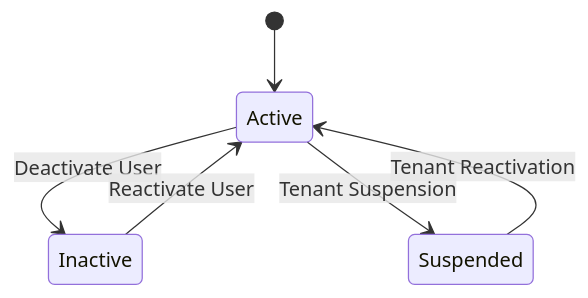
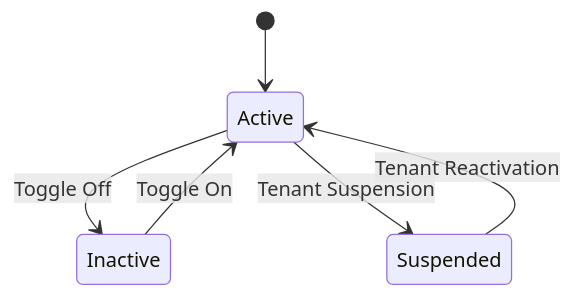
Diagram 15 of 27 in .qoder/repowiki/en/content/Frontend Architecture/User Management.md (Revanththetalogics/aireume), drawn with Mermaid before and after one commit. The commit also changed other lines of this file and 7 other files, not shown here.

````diff
--- a/.qoder/repowiki/en/content/Frontend Architecture/User Management.md
+++ b/.qoder/repowiki/en/content/Frontend Architecture/User Management.md
@@ -564,8 +624,8 @@
 ```mermaid
 stateDiagram-v2
 [*] --> Active
-Active --> Inactive : Deactivate User
-Inactive --> Active : Reactivate User
+Active --> Inactive : Toggle Off
+Inactive --> Active : Toggle On
 Active --> Suspended : Tenant Suspension
 Suspended --> Active : Tenant Reactivation
 ```
````
